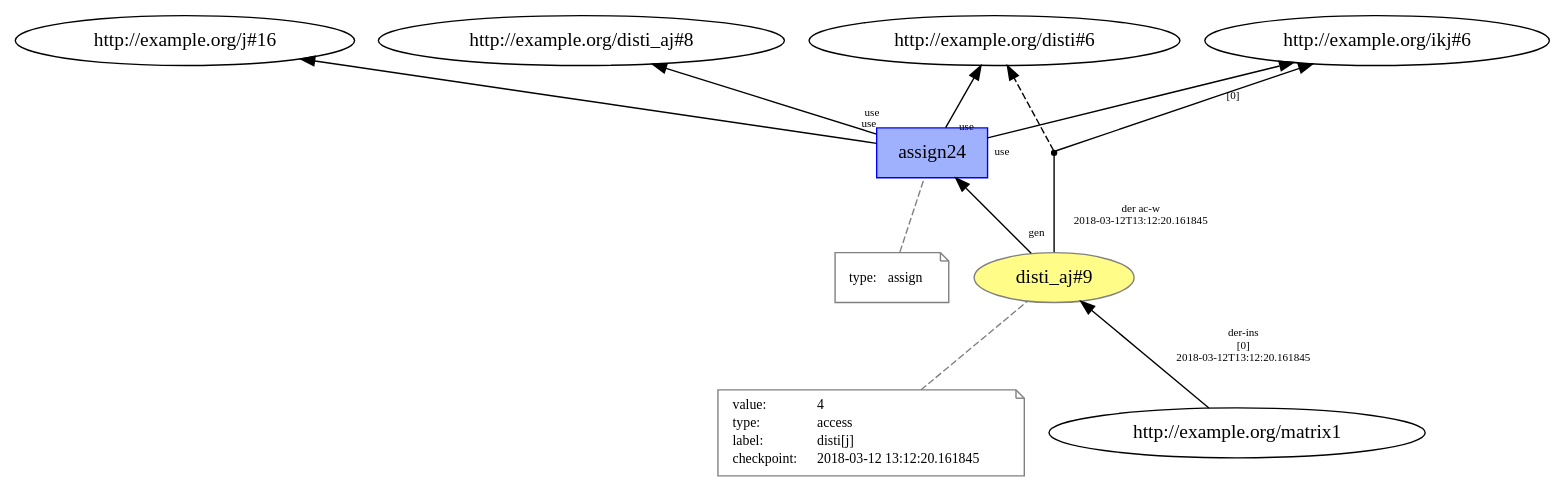
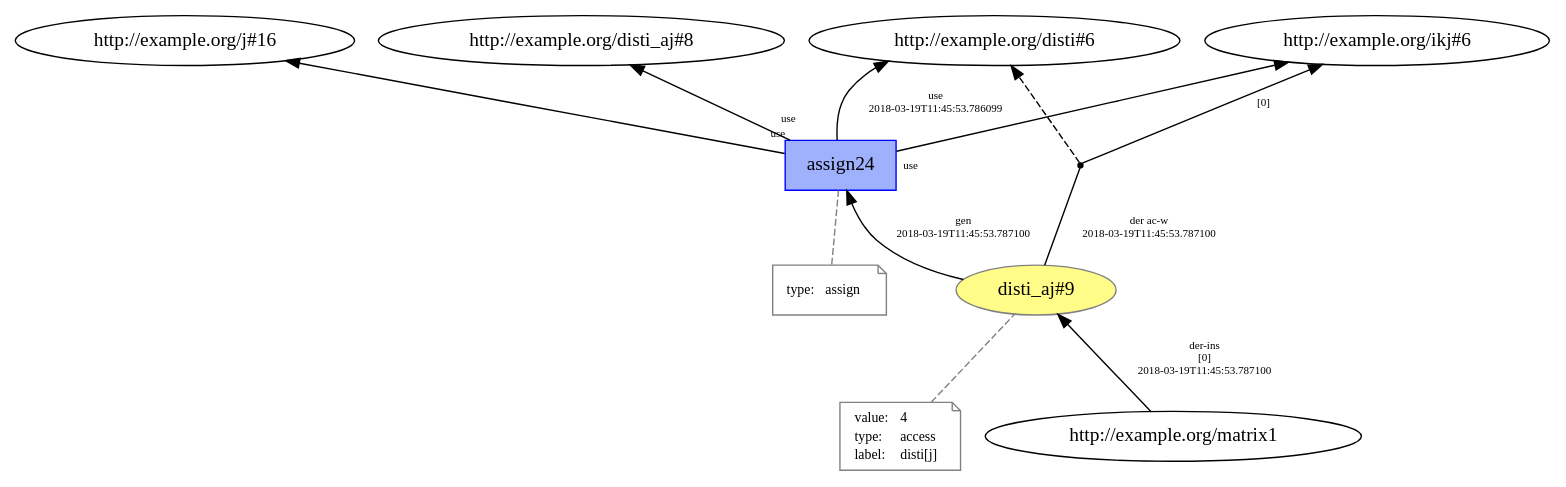
One commit to dew-uff/versioned-prov changed the diagram in generated/versioned_prov/temp/L21__part_assign_with_propagation_3.dot. Above: the diagram before and after it, drawn with Graphviz. The commit also changed 619 other files, not shown here.

```diff
--- a/generated/versioned_prov/temp/L21__part_assign_with_propagation_3.dot
+++ b/generated/versioned_prov/temp/L21__part_assign_with_propagation_3.dot
@@ -1,43 +1,41 @@
 digraph "PROV" { size="16,12"; rankdir="BT";
 "http://example.org/disti_aj#9" [fillcolor="#FFFC87",color="#808080",style="filled",label="disti_aj#9",URL="http://example.org/disti_aj#9"]
 "-attrs0" [color="gray",shape="note",fontsize="10",fontcolor="black",label=<<TABLE cellpadding="0" border="0">
 	<TR>
 	    <TD align="left">value:</TD>
 	    <TD align="left">4</TD>
 	</TR>
 	<TR>
 	    <TD align="left">type:</TD>
 	    <TD align="left">access</TD>
 	</TR>
 	<TR>
 	    <TD align="left">label:</TD>
 	    <TD align="left">disti[j]</TD>
 	</TR>
-	<TR>
-	    <TD align="left">checkpoint:</TD>
-	    <TD align="left">2018-03-12 13:12:20.161845</TD>
-	</TR>
 </TABLE>>]
 "-attrs0" -> "http://example.org/disti_aj#9" [color="gray",style="dashed",arrowhead="none"]
 "http://example.org/matrix1" -> "http://example.org/disti_aj#9" [fontsize="8",distance="1.5",angle="60.0",rotation="20",label="der-ins
 [0]
-2018-03-12T13:12:20.161845"]
+2018-03-19T11:45:53.787100"]
 "http://example.org/assign24" [fillcolor="#9FB1FC",color="#0000FF",shape="polygon",sides="4",style="filled",label="assign24",URL="http://example.org/assign24"]
 "-attrs1" [color="gray",shape="note",fontsize="10",fontcolor="black",label=<<TABLE cellpadding="0" border="0">
 	<TR>
 	    <TD align="left">type:</TD>
 	    <TD align="left">assign</TD>
 	</TR>
 </TABLE>>]
 "-attrs1" -> "http://example.org/assign24" [color="gray",style="dashed",arrowhead="none"]
 "bn0" [shape="point",label=""]
 "http://example.org/disti_aj#9" -> "bn0" [fontsize="8",distance="1.5",angle="60.0",rotation="20",label="der ac-w
-2018-03-12T13:12:20.161845",arrowhead="none"]
+2018-03-19T11:45:53.787100",arrowhead="none"]
 "bn0" -> "http://example.org/disti#6" [style="dashed"]
 "bn0" -> "http://example.org/ikj#6" [fontsize="8",distance="1.5",angle="60.0",rotation="20",label="[0]"]
-"http://example.org/assign24" -> "http://example.org/disti#6" [labelfontsize="8",labeldistance="1.5",labelangle="60.0",rotation="20",taillabel="use"]
+"http://example.org/assign24" -> "http://example.org/disti#6" [fontsize="8",distance="1.5",angle="60.0",rotation="20",label="use
+2018-03-19T11:45:53.786099"]
 "http://example.org/assign24" -> "http://example.org/j#16" [labelfontsize="8",labeldistance="1.5",labelangle="60.0",rotation="20",taillabel="use"]
 "http://example.org/assign24" -> "http://example.org/disti_aj#8" [labelfontsize="8",labeldistance="1.5",labelangle="60.0",rotation="20",taillabel="use"]
 "http://example.org/assign24" -> "http://example.org/ikj#6" [labelfontsize="8",labeldistance="1.5",labelangle="60.0",rotation="20",taillabel="use"]
-"http://example.org/disti_aj#9" -> "http://example.org/assign24" [labelfontsize="8",labeldistance="1.5",labelangle="60.0",rotation="20",taillabel="gen"]
+"http://example.org/disti_aj#9" -> "http://example.org/assign24" [fontsize="8",distance="1.5",angle="60.0",rotation="20",label="gen
+2018-03-19T11:45:53.787100"]
 }
```
